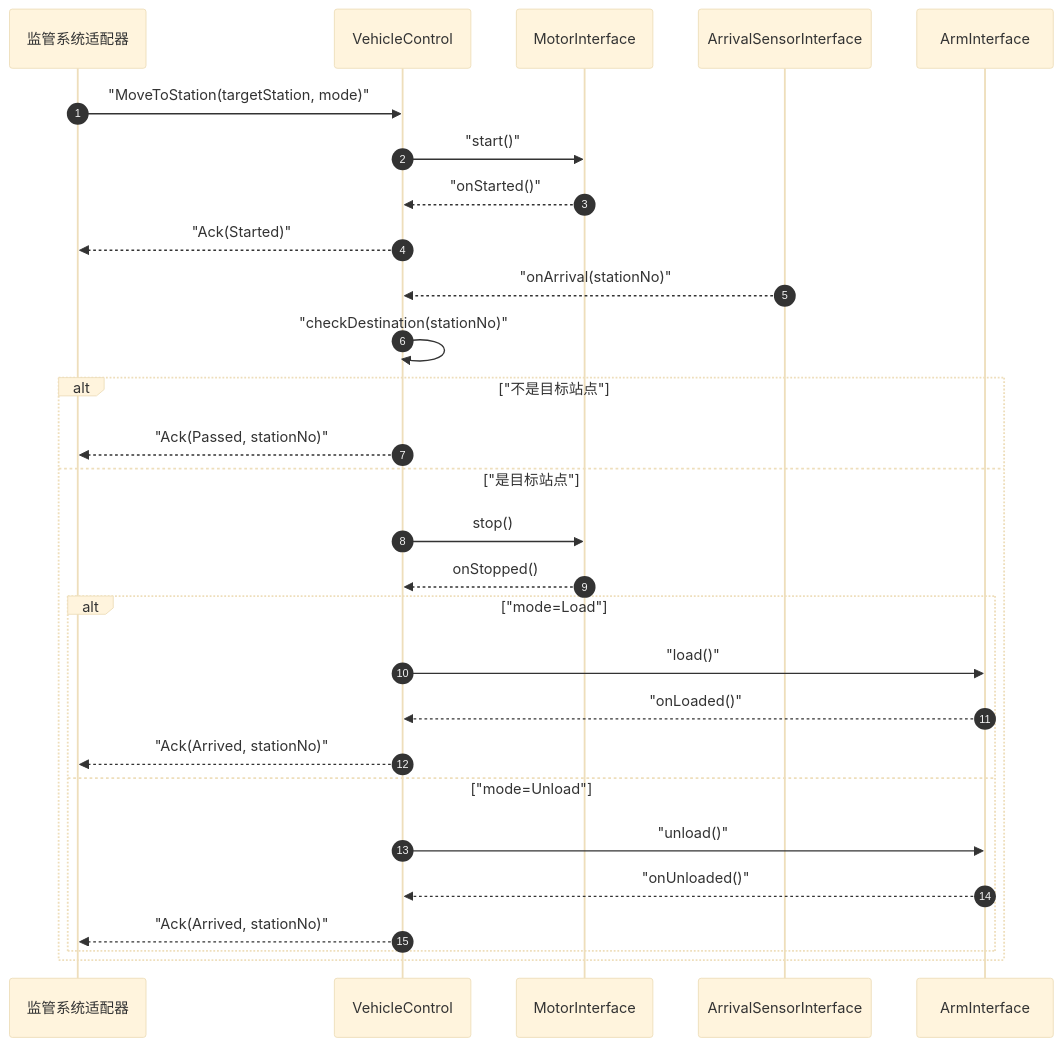
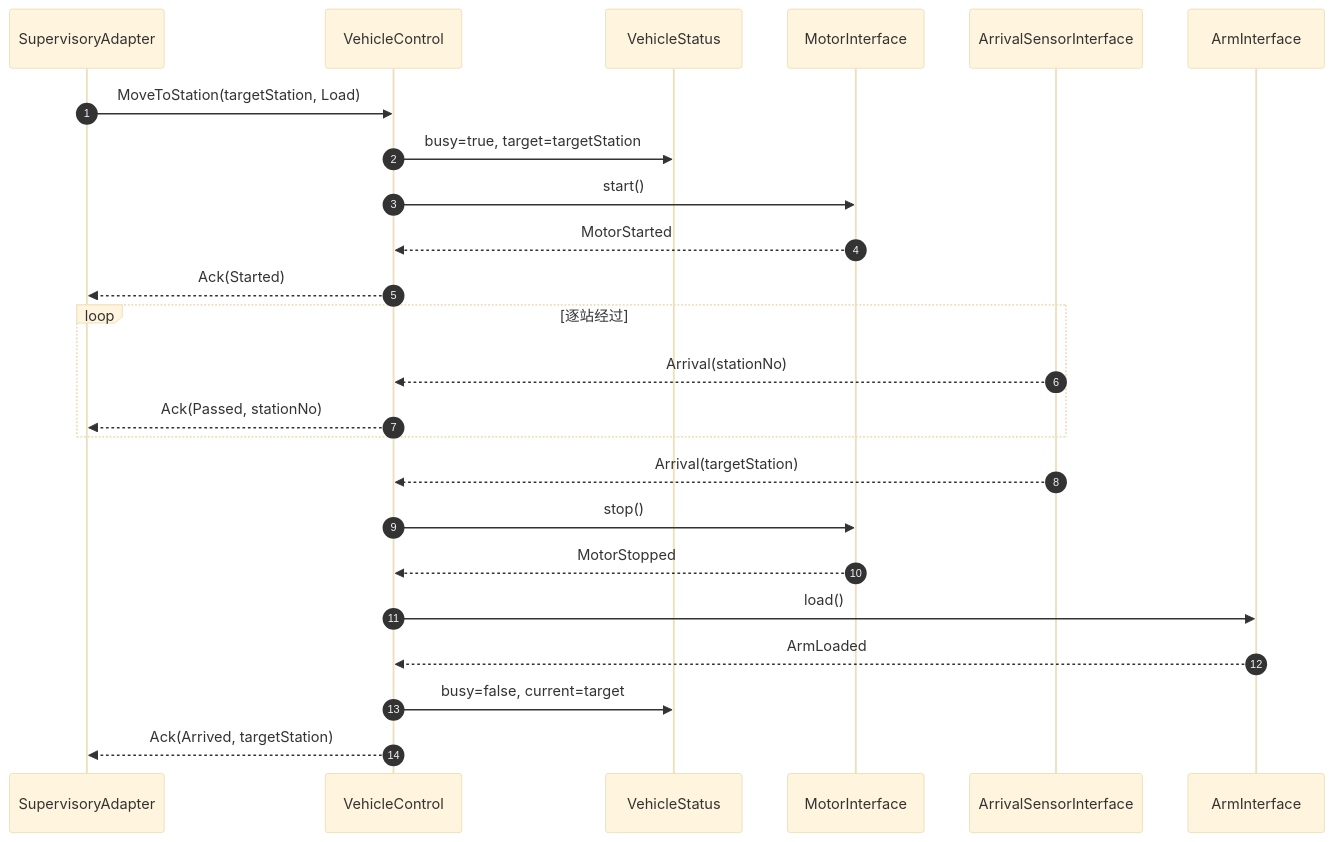
Before and after one commit to GodLiangJingYu/MyCodeResource: the fourth of 8 diagrams in 软件架构设计/实验/实验4/提交/2023302855 梁景毓 ex4.md, drawn with Mermaid (base theme). The commit also changed other lines of this file and 138 other files, not shown here.

````diff
--- a/软件架构设计/实验/实验4/提交/2023302855 梁景毓 ex4.md
+++ b/软件架构设计/实验/实验4/提交/2023302855 梁景毓 ex4.md
@@ -186,32 +310,29 @@
 ```mermaid
 sequenceDiagram
 autonumber
-participant SS as 监管系统适配器
+participant SS as SupervisoryAdapter
 participant VC as VehicleControl
+participant VS as VehicleStatus
 participant MI as MotorInterface
 participant AS as ArrivalSensorInterface
 participant AI as ArmInterface
 
-SS->>VC: "MoveToStation(targetStation, mode)"
-VC->>MI: "start()"
-MI-->>VC: "onStarted()"
-VC-->>SS: "Ack(Started)"
+SS->>VC: MoveToStation(targetStation, Load)
+VC->>VS: busy=true, target=targetStation
+VC->>MI: start()
+MI-->>VC: MotorStarted
+VC-->>SS: Ack(Started)
 
-AS-->>VC: "onArrival(stationNo)"
-VC->>VC: "checkDestination(stationNo)"
-alt "不是目标站点"
-  VC-->>SS: "Ack(Passed, stationNo)"
-else "是目标站点"
-  VC->>MI: stop()
-  MI-->>VC: onStopped()
-  alt "mode=Load"
-    VC->>AI: "load()"
-    AI-->>VC: "onLoaded()"
-    VC-->>SS: "Ack(Arrived, stationNo)"
-  else "mode=Unload"
-    VC->>AI: "unload()"
-    AI-->>VC: "onUnloaded()"
-    VC-->>SS: "Ack(Arrived, stationNo)"
-  end
+loop 逐站经过
+    AS-->>VC: Arrival(stationNo)
+    VC-->>SS: Ack(Passed, stationNo)
 end
+
+AS-->>VC: Arrival(targetStation)
+VC->>MI: stop()
+MI-->>VC: MotorStopped
+VC->>AI: load()
+AI-->>VC: ArmLoaded
+VC->>VS: busy=false, current=target
+VC-->>SS: Ack(Arrived, targetStation)
 ```
````
